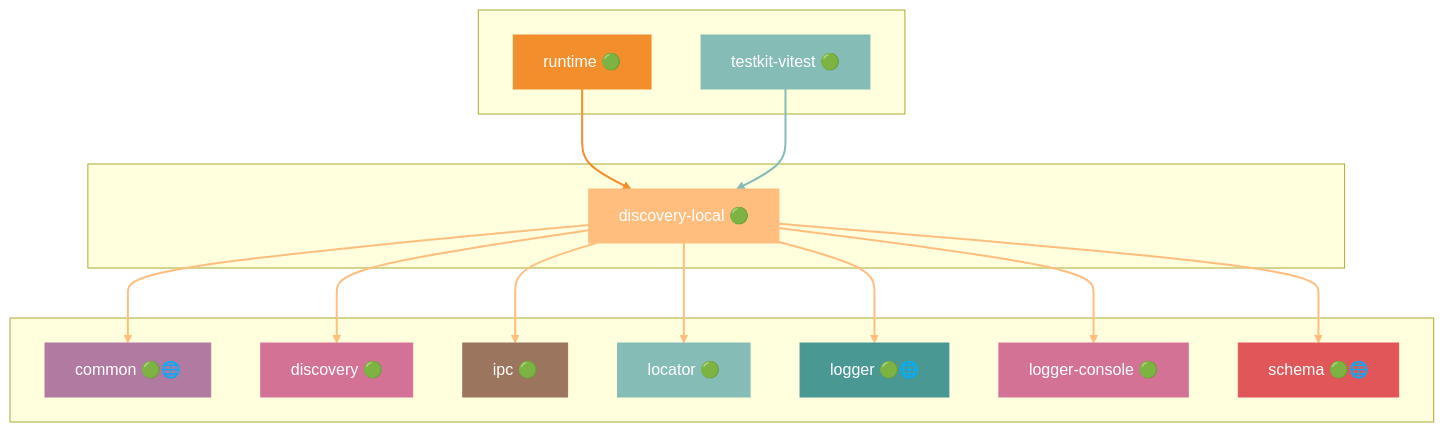
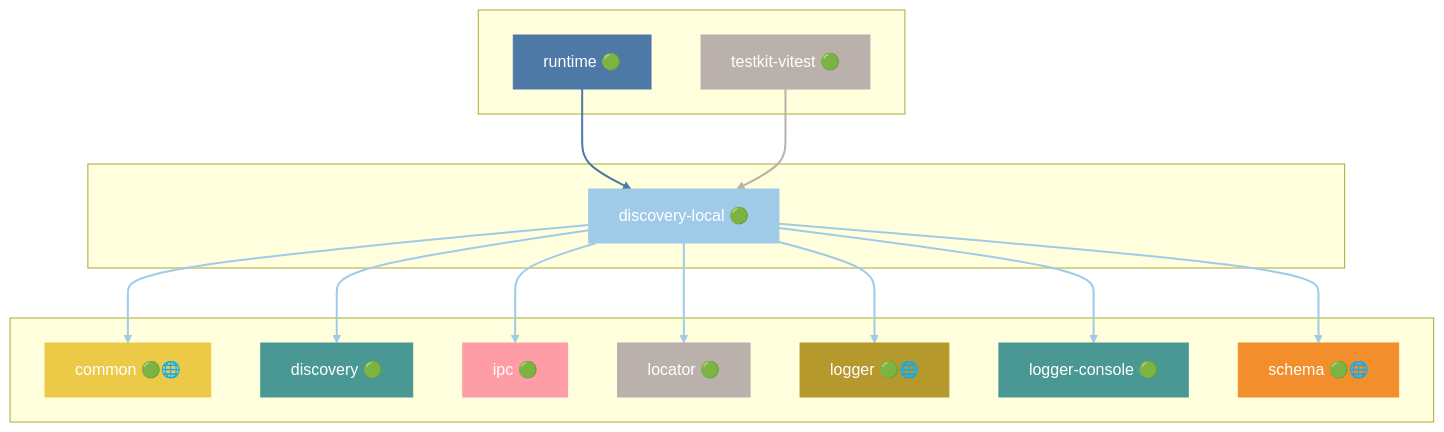
Before and after one commit to grest-ts/grest-ts: diagram 17 of 50 in docs/DEPENDENCIES.md, drawn with Mermaid. The commit also changed other lines of this file and 57 other files, not shown here.

````diff
--- a/docs/DEPENDENCIES.md
+++ b/docs/DEPENDENCIES.md
@@ -1093,47 +1063,47 @@
 ```mermaid
 flowchart TB
     subgraph Dependents[" "]
         runtime["runtime 🟢"]
         testkit-vitest["testkit-vitest 🟢"]
     end
     subgraph Package[" "]
         discovery-local["discovery-local 🟢"]
     end
     subgraph Dependencies[" "]
         common["common 🟢🌐"]
         discovery["discovery 🟢"]
         ipc["ipc 🟢"]
         locator["locator 🟢"]
         logger["logger 🟢🌐"]
         logger-console["logger-console 🟢"]
         schema["schema 🟢🌐"]
     end
     runtime --> discovery-local
     testkit-vitest --> discovery-local
     discovery-local --> common
     discovery-local --> discovery
     discovery-local --> ipc
     discovery-local --> locator
     discovery-local --> logger
     discovery-local --> logger-console
     discovery-local --> schema
-    style discovery-local fill:#FFBE7D,stroke:#FFBE7D,color:#fff
-    style runtime fill:#F28E2B,stroke:#F28E2B,color:#fff
-    style testkit-vitest fill:#86BCB6,stroke:#86BCB6,color:#fff
-    style common fill:#B07AA1,stroke:#B07AA1,color:#fff
-    style discovery fill:#D37295,stroke:#D37295,color:#fff
-    style ipc fill:#9C755F,stroke:#9C755F,color:#fff
-    style locator fill:#86BCB6,stroke:#86BCB6,color:#fff
-    style logger fill:#499894,stroke:#499894,color:#fff
-    style logger-console fill:#D37295,stroke:#D37295,color:#fff
-    style schema fill:#E15759,stroke:#E15759,color:#fff
-    linkStyle 0 stroke:#F28E2B,stroke-width:2px
-    linkStyle 1 stroke:#86BCB6,stroke-width:2px
-    linkStyle 2 stroke:#FFBE7D,stroke-width:2px
-    linkStyle 3 stroke:#FFBE7D,stroke-width:2px
-    linkStyle 4 stroke:#FFBE7D,stroke-width:2px
-    linkStyle 5 stroke:#FFBE7D,stroke-width:2px
-    linkStyle 6 stroke:#FFBE7D,stroke-width:2px
-    linkStyle 7 stroke:#FFBE7D,stroke-width:2px
-    linkStyle 8 stroke:#FFBE7D,stroke-width:2px
+    style discovery-local fill:#A0CBE8,stroke:#A0CBE8,color:#fff
+    style runtime fill:#4E79A7,stroke:#4E79A7,color:#fff
+    style testkit-vitest fill:#BAB0AC,stroke:#BAB0AC,color:#fff
+    style common fill:#EDC948,stroke:#EDC948,color:#fff
+    style discovery fill:#499894,stroke:#499894,color:#fff
+    style ipc fill:#FF9DA7,stroke:#FF9DA7,color:#fff
+    style locator fill:#BAB0AC,stroke:#BAB0AC,color:#fff
+    style logger fill:#B6992D,stroke:#B6992D,color:#fff
+    style logger-console fill:#499894,stroke:#499894,color:#fff
+    style schema fill:#F28E2B,stroke:#F28E2B,color:#fff
+    linkStyle 0 stroke:#4E79A7,stroke-width:2px
+    linkStyle 1 stroke:#BAB0AC,stroke-width:2px
+    linkStyle 2 stroke:#A0CBE8,stroke-width:2px
+    linkStyle 3 stroke:#A0CBE8,stroke-width:2px
+    linkStyle 4 stroke:#A0CBE8,stroke-width:2px
+    linkStyle 5 stroke:#A0CBE8,stroke-width:2px
+    linkStyle 6 stroke:#A0CBE8,stroke-width:2px
+    linkStyle 7 stroke:#A0CBE8,stroke-width:2px
+    linkStyle 8 stroke:#A0CBE8,stroke-width:2px
 ```
````
